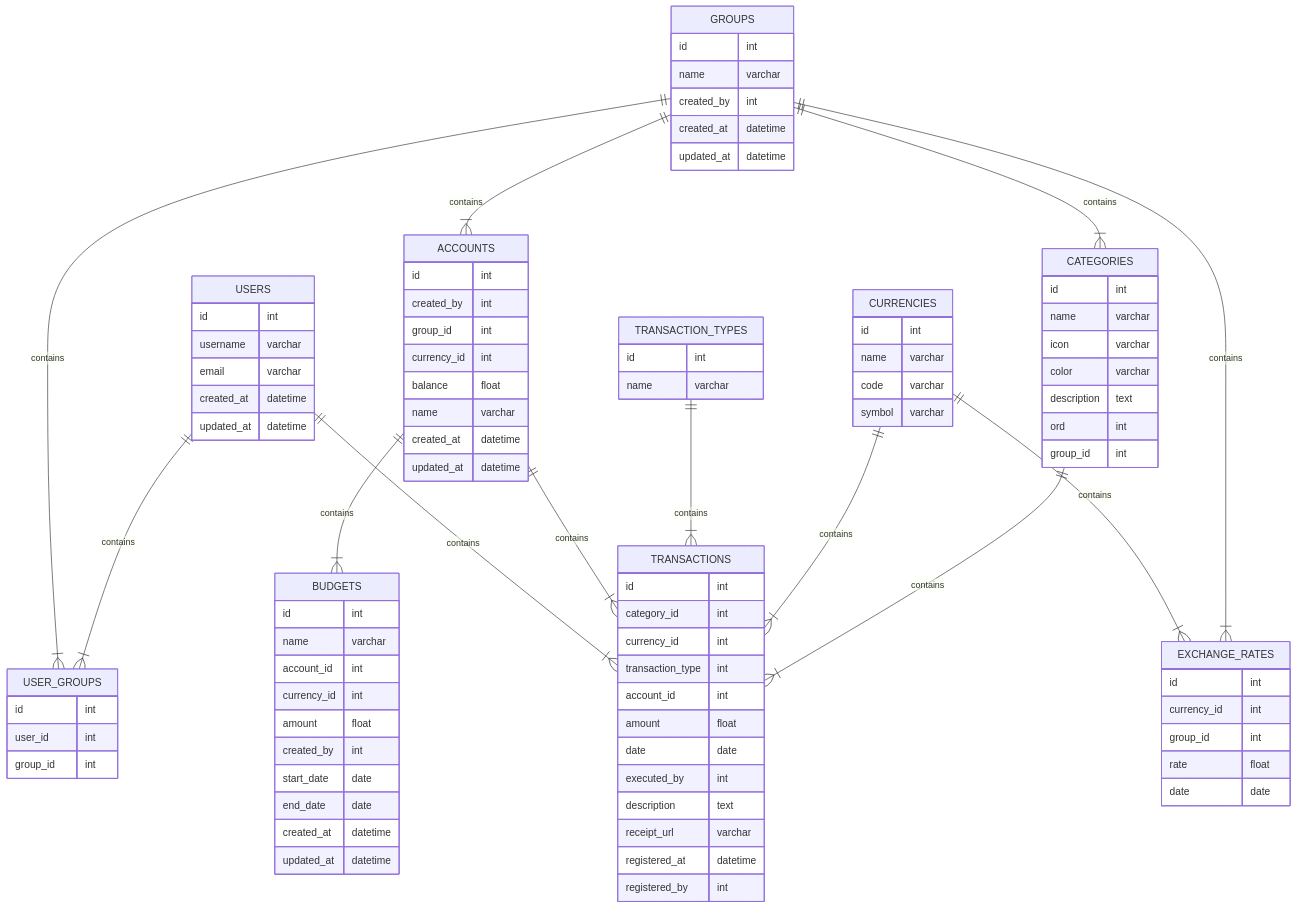
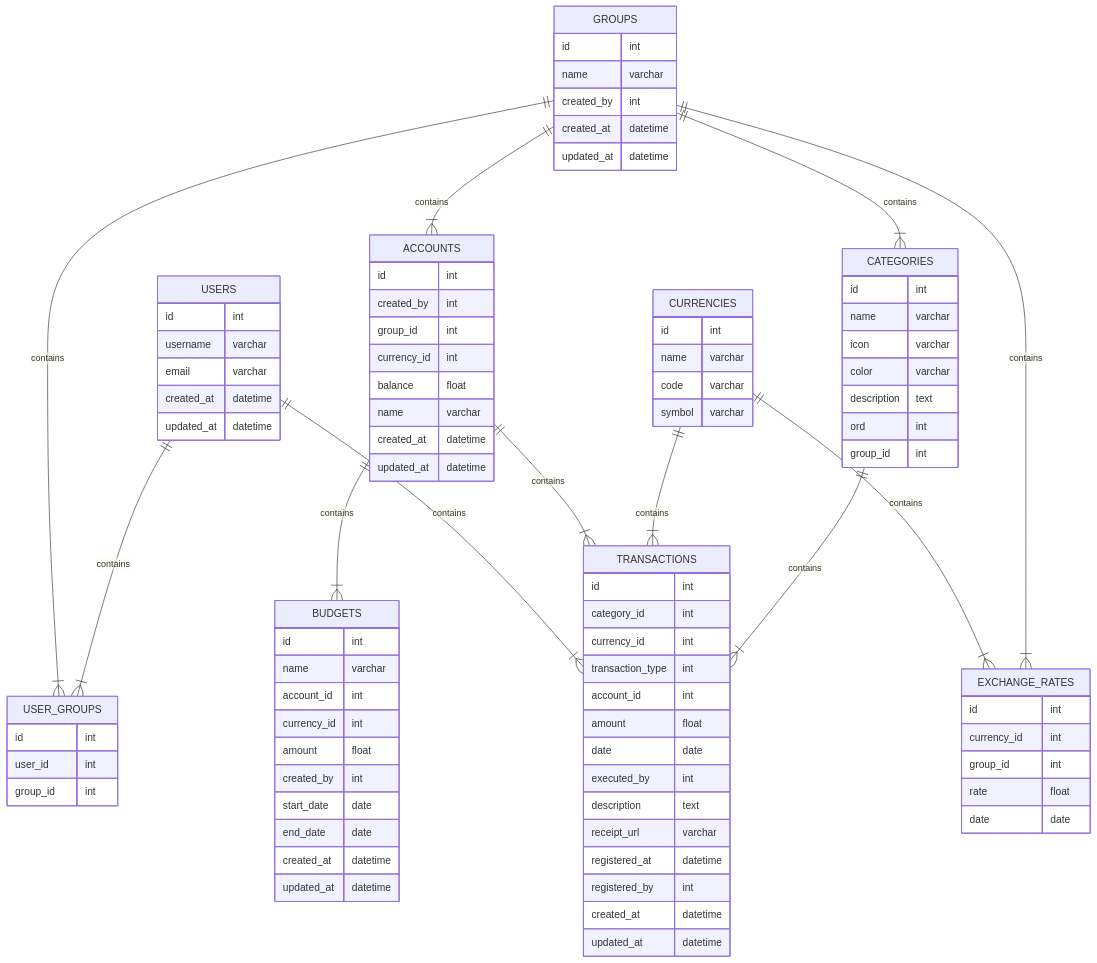
The diagram in backend/internal/persistence/schema/README.md (prulloac/fineasy), drawn with Mermaid before and after one commit. The commit also changed 12 other files, not shown here.

```diff
--- a/backend/internal/persistence/schema/README.md
+++ b/backend/internal/persistence/schema/README.md
@@ -87,11 +87,8 @@
         receipt_url varchar
         registered_at datetime
         registered_by int
-    }
-
-    TRANSACTION_TYPES {
-        id int
-        name varchar
+        created_at datetime
+        updated_at datetime
     }
 
     USERS ||--|{ USER_GROUPS : contains
@@ -103,7 +100,6 @@
     CATEGORIES ||--|{ TRANSACTIONS : contains
     CURRENCIES ||--|{ TRANSACTIONS : contains
     CURRENCIES ||--|{ EXCHANGE_RATES : contains
-    TRANSACTION_TYPES ||--|{ TRANSACTIONS : contains
     ACCOUNTS ||--|{ TRANSACTIONS : contains
     USERS ||--|{ TRANSACTIONS : contains
 
```
